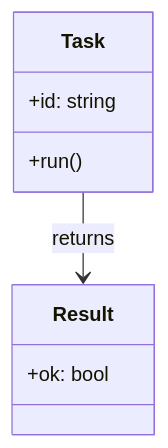
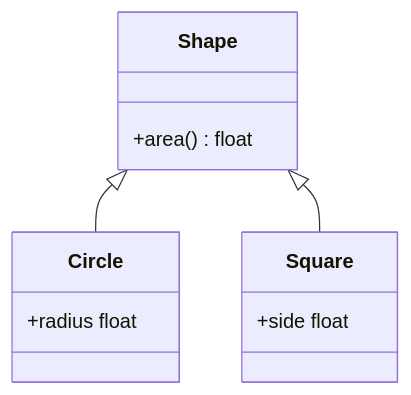
One commit to apresmoi/glyphcss-diagrams changed the diagram in examples/class.mmd. Above: the diagram before and after it, drawn with Mermaid. The commit also changed 25 other files, not shown here.

Commit message:
docs: give state, class, ER, C4 and git history tiles distinct shapes, quote radar labels and rebuild on main

```diff
--- a/examples/class.mmd
+++ b/examples/class.mmd
@@ -1,9 +1,12 @@
 classDiagram
-  class Task {
-    +id: string
-    +run()
+  class Shape {
+    +area() float
   }
-  class Result {
-    +ok: bool
+  class Circle {
+    +radius float
   }
-  Task --> Result : returns
+  class Square {
+    +side float
+  }
+  Shape <|-- Circle
+  Shape <|-- Square
```
